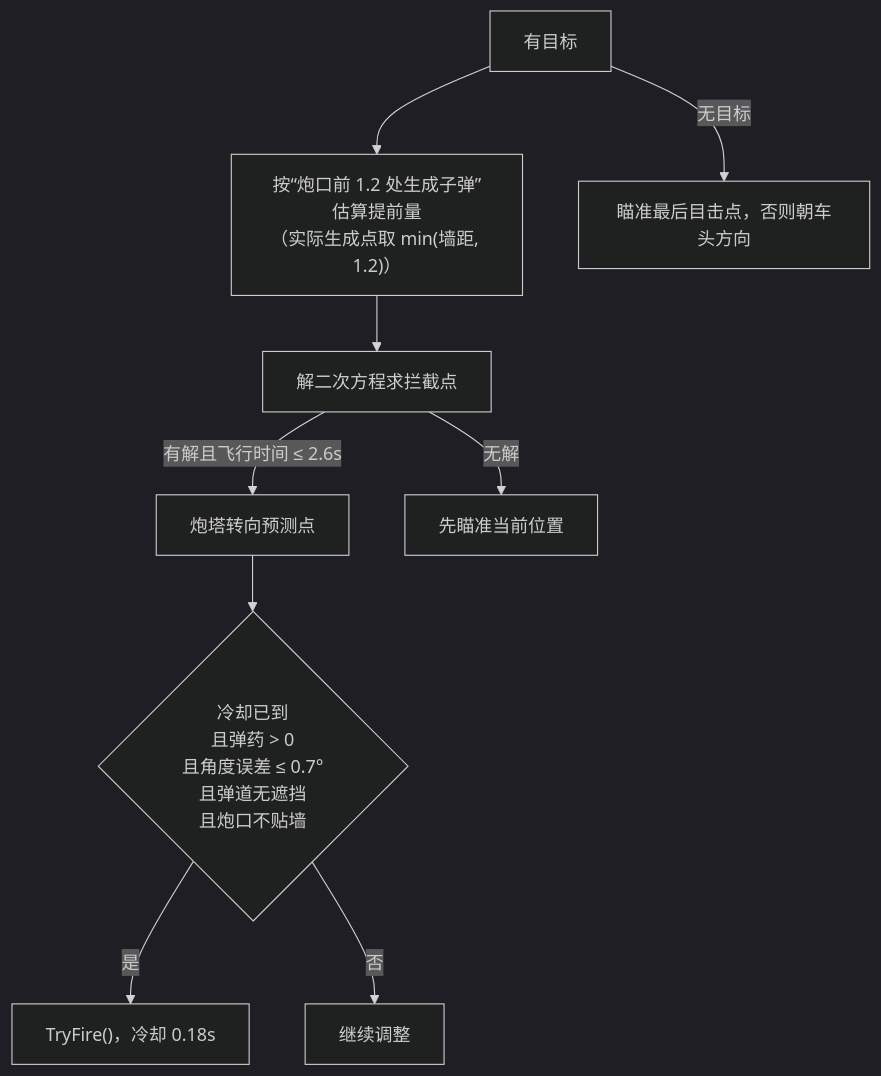
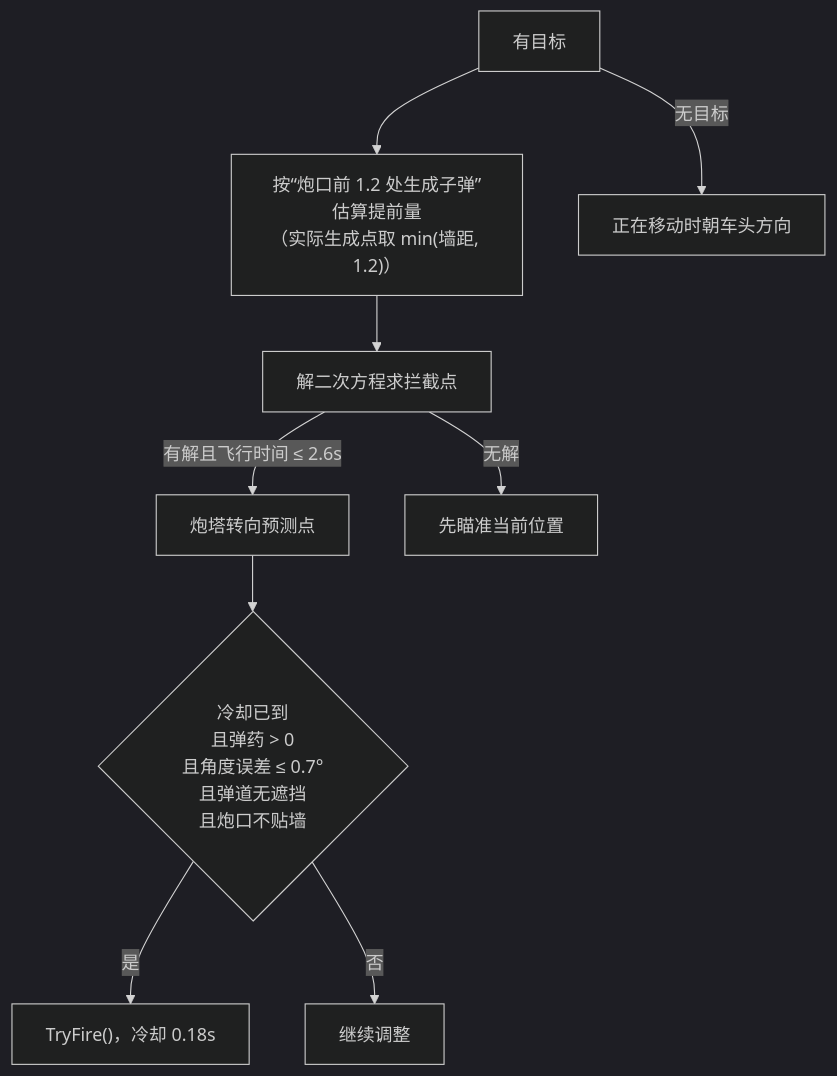
One commit to 3297207993/tank changed the third of 3 diagrams in docs/ai.md. Above: the diagram before and after it, drawn with Mermaid (dark theme). The commit also changed other lines of this file and 2 other files, not shown here.

````diff
--- a/docs/ai.md
+++ b/docs/ai.md
@@ -130,11 +108,11 @@
 ```mermaid
 flowchart TD
     A["有目标"] --> B["按“炮口前 1.2 处生成子弹”估算提前量<br/>（实际生成点取 min(墙距, 1.2)）"]
     B --> C["解二次方程求拦截点"]
     C -->|有解且飞行时间 ≤ 2.6s| D["炮塔转向预测点"]
     D --> E{"冷却已到<br/>且弹药 > 0<br/>且角度误差 ≤ 0.7°<br/>且弹道无遮挡<br/>且炮口不贴墙"}
     E -->|是| F["TryFire()，冷却 0.18s"]
     E -->|否| G["继续调整"]
     C -->|无解| H["先瞄准当前位置"]
-    A -->|无目标| I["瞄准最后目击点，否则朝车头方向"]
+    A -->|无目标| I["正在移动时朝车头方向"]
 ```
````
